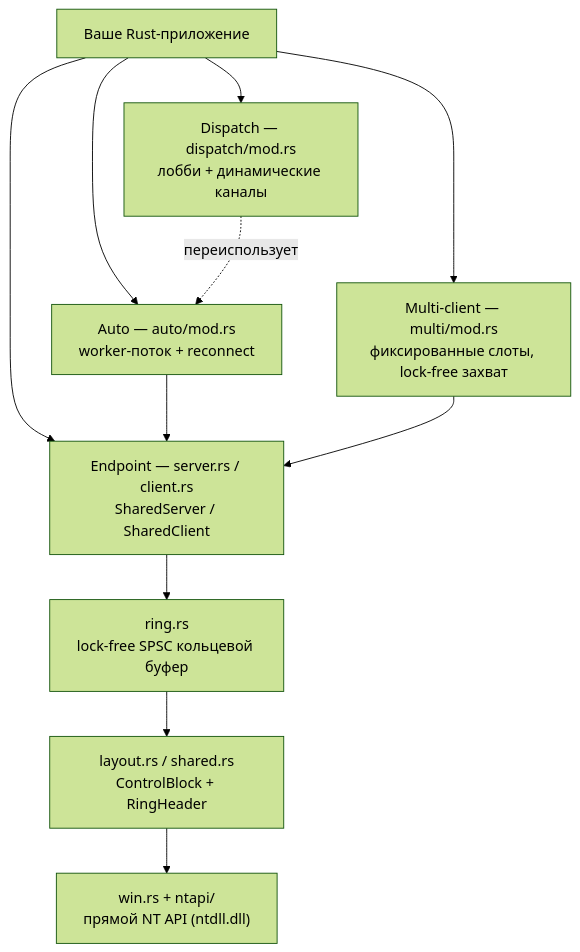
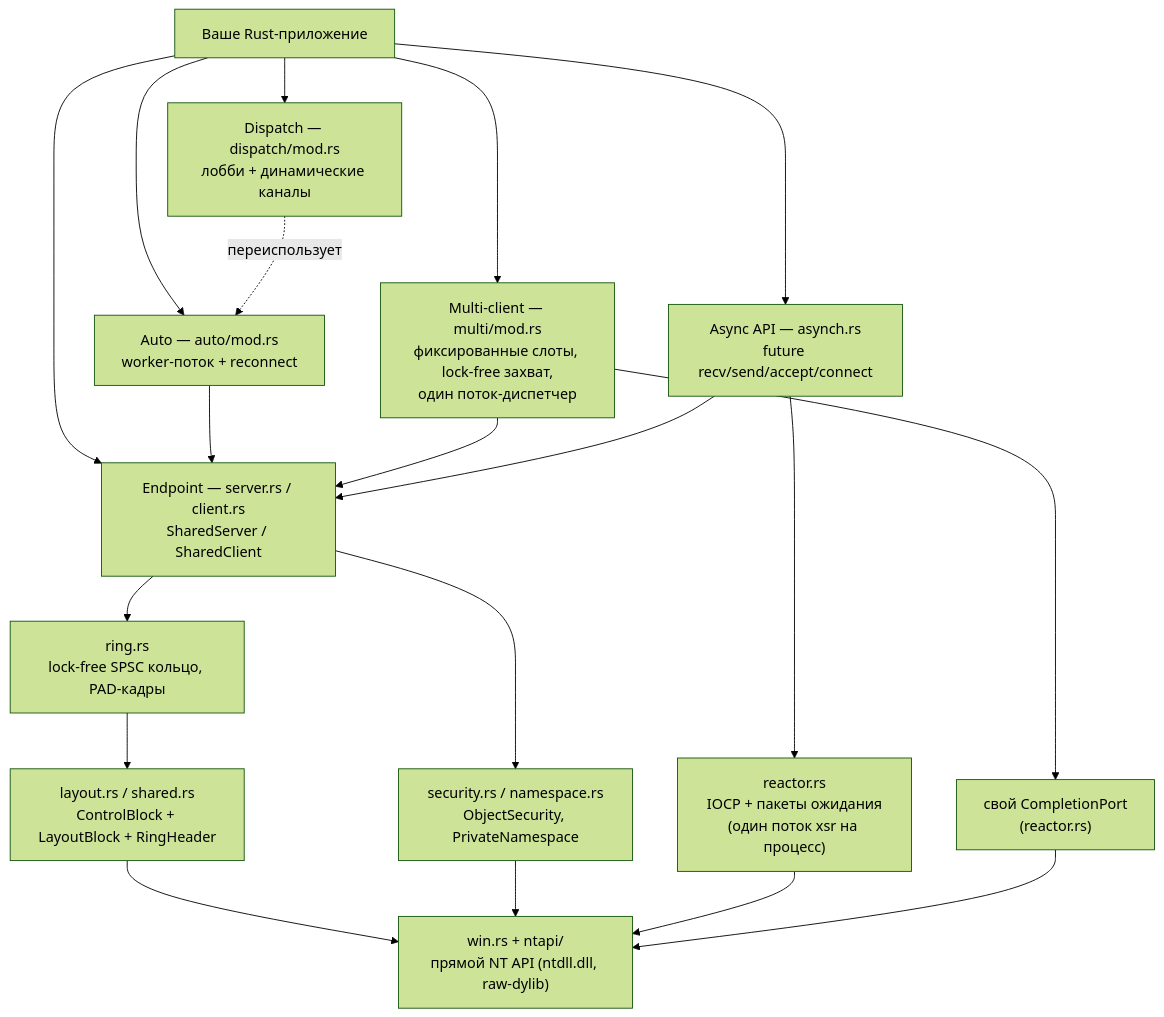
One commit to Platon7788/xshm changed the first of 4 diagrams in README.ru.md. Above: the diagram before and after it, drawn with Mermaid (forest theme). The commit also changed other lines of this file and 4 other files, not shown here.

````diff
--- a/README.ru.md
+++ b/README.ru.md
@@ -140,17 +235,25 @@
 ```mermaid
 flowchart TD
     App["Ваше Rust-приложение"]
     App --> Auto["Auto — auto/mod.rs<br/>worker-поток + reconnect"]
-    App --> Multi["Multi-client — multi/mod.rs<br/>фиксированные слоты, lock-free захват"]
+    App --> Multi["Multi-client — multi/mod.rs<br/>фиксированные слоты, lock-free захват,<br/>один поток-диспетчер"]
     App --> Dispatch["Dispatch — dispatch/mod.rs<br/>лобби + динамические каналы"]
+    App --> Async["Async API — asynch.rs<br/>future recv/send/accept/connect"]
     App --> Endpoint
 
     Dispatch -. переиспользует .-> Auto
 
     Auto --> Endpoint["Endpoint — server.rs / client.rs<br/>SharedServer / SharedClient"]
     Multi --> Endpoint
+    Async --> Endpoint
+    Async --> Reactor["reactor.rs<br/>IOCP + пакеты ожидания<br/>(один поток xsr на процесс)"]
+    Multi --> Port["свой CompletionPort<br/>(reactor.rs)"]
 
-    Endpoint --> Ring["ring.rs<br/>lock-free SPSC кольцевой буфер"]
-    Ring --> Layout["layout.rs / shared.rs<br/>ControlBlock + RingHeader"]
-    Layout --> Platform["win.rs + ntapi/<br/>прямой NT API (ntdll.dll)"]
+    Endpoint --> Ring["ring.rs<br/>lock-free SPSC кольцо, PAD-кадры"]
+    Ring --> Layout["layout.rs / shared.rs<br/>ControlBlock + LayoutBlock + RingHeader"]
+    Endpoint --> Security["security.rs / namespace.rs<br/>ObjectSecurity, PrivateNamespace"]
+    Layout --> Platform["win.rs + ntapi/<br/>прямой NT API (ntdll.dll, raw-dylib)"]
+    Security --> Platform
+    Reactor --> Platform
+    Port --> Platform
 ```
````
